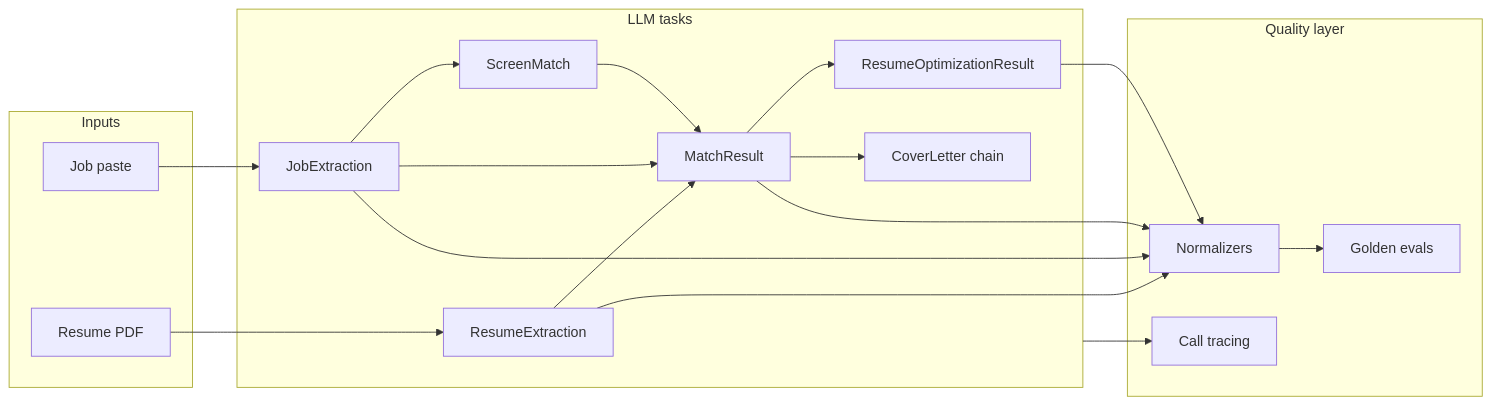
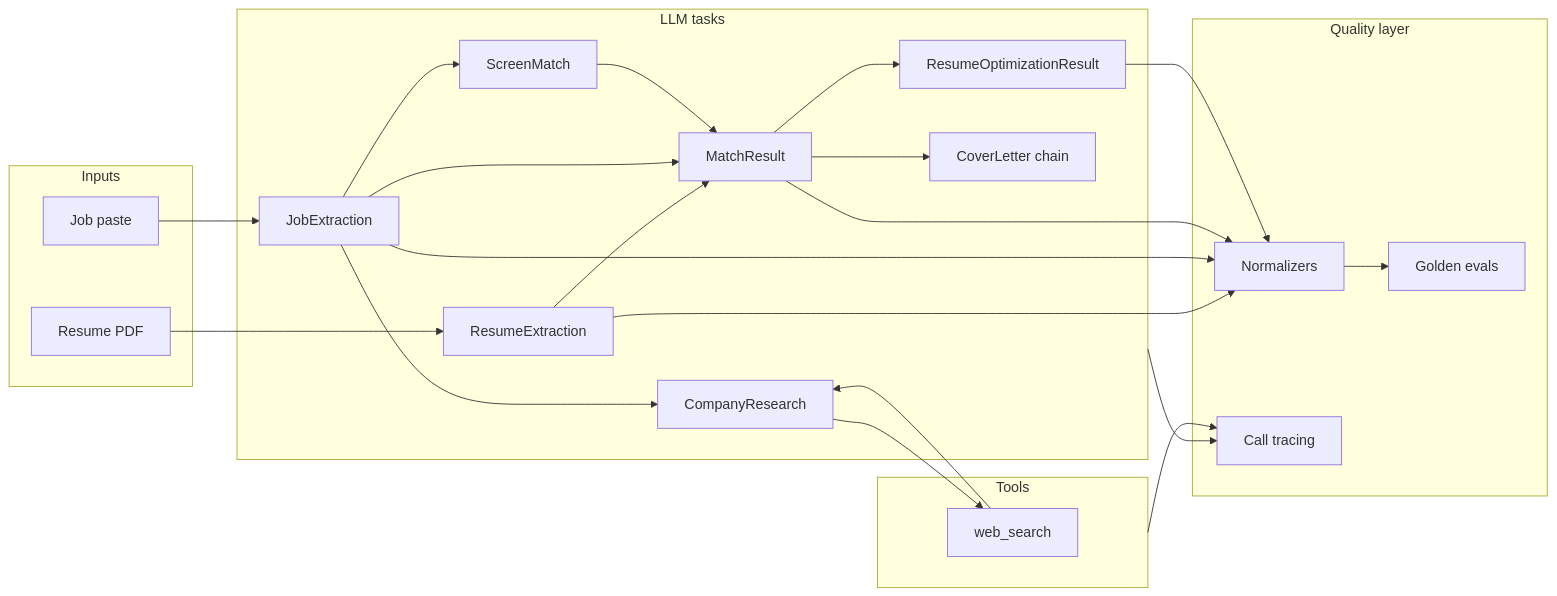
One commit to Englishpersonfaeroeislands211/ai-career-os changed the diagram in docs/ai-engineering.md. Above: the diagram before and after it, drawn with Mermaid. The commit also changed other lines of this file and 34 other files, not shown here.

First line of the commit message:
feat(jobs): add company research with web search and golden evals

````diff
--- a/docs/ai-engineering.md
+++ b/docs/ai-engineering.md
@@ -15,38 +15,47 @@
 ```mermaid
 flowchart LR
     subgraph inputs [Inputs]
         PDF[Resume PDF]
         JD[Job paste]
     end
 
     subgraph llm [LLM tasks]
         RE[ResumeExtraction]
         JE[JobExtraction]
         SM[ScreenMatch]
         MA[MatchResult]
         RO[ResumeOptimizationResult]
         CL[CoverLetter chain]
+        CR[CompanyResearch]
+    end
+
+    subgraph tools [Tools]
+        WS[web_search]
     end
 
     subgraph quality [Quality layer]
         N[Normalizers]
         E[Golden evals]
         T[Call tracing]
     end
 
     PDF --> RE
     JD --> JE
     RE --> MA
     JE --> MA
     JE --> SM
     SM --> MA
     MA --> RO
     MA --> CL
+    JE --> CR
+    CR --> WS
+    WS --> CR
 
     RE --> N
     JE --> N
     MA --> N
     RO --> N
     N --> E
     llm --> T
+    tools --> T
 ```
````
